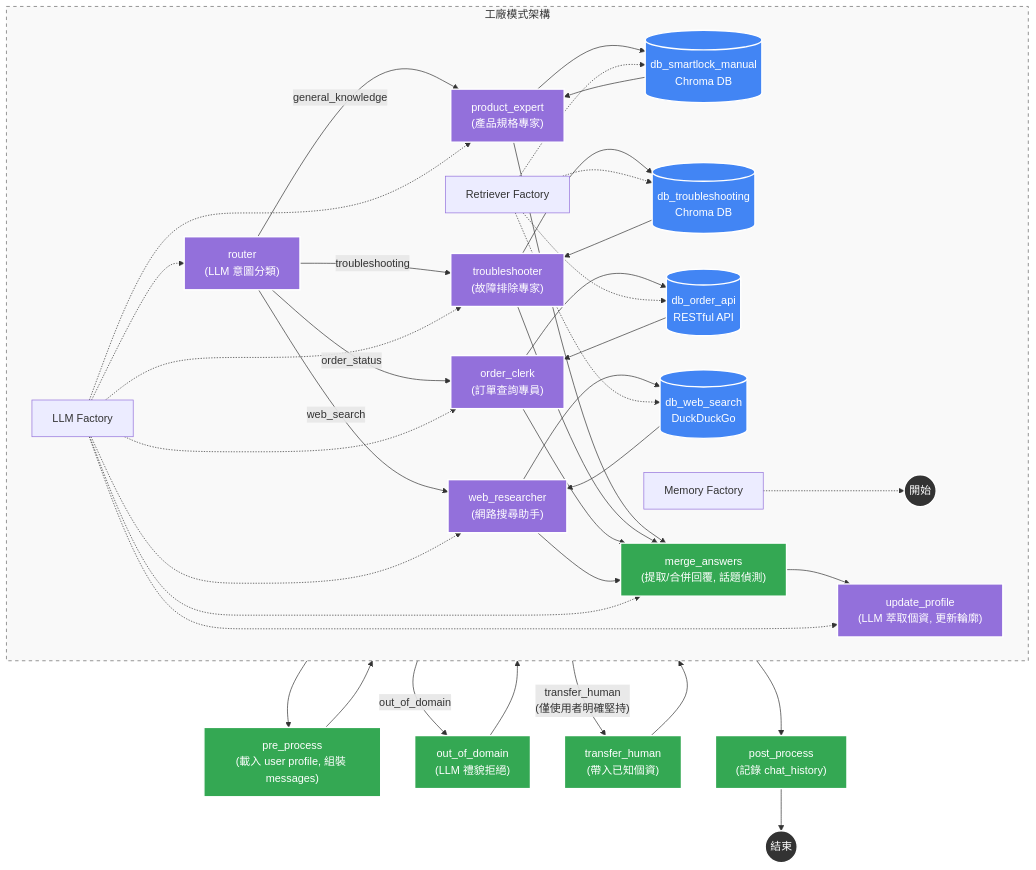
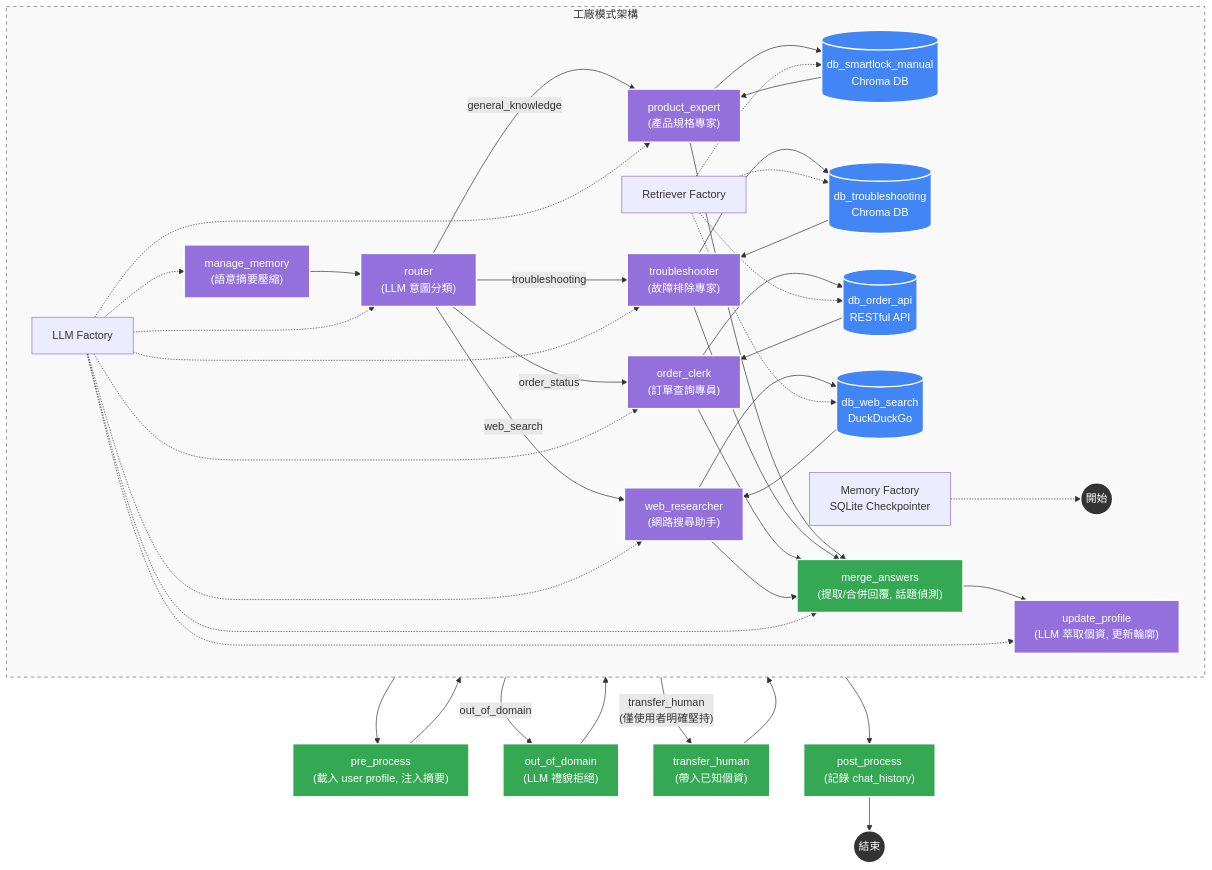
Before and after one commit to Imding1211/lock_AI_Agent: the first of 4 diagrams in docs/系統架構與流程圖.md, drawn with Mermaid. The commit also changed other lines of this file and 19 other files, not shown here.

First line of the commit message:
feat: 語意記憶壓縮 + SQLite 持久化 + Send() 狀態清洗 + 架構圖/文件全面更新

````diff
--- a/docs/系統架構與流程圖.md
+++ b/docs/系統架構與流程圖.md
@@ -3,55 +3,56 @@
 ```mermaid
 graph TD
     %% 節點樣式定義
     classDef startEnd fill:#333,stroke:#fff,stroke-width:2px,color:#fff;
     classDef llmNode fill:#9370DB,stroke:#fff,stroke-width:2px,color:#fff;
     classDef decision fill:#ff9900,stroke:#333,stroke-width:2px;
     classDef dbNode fill:#4285f4,stroke:#fff,stroke-width:2px,color:#fff;
     classDef actionNode fill:#34a853,stroke:#fff,stroke-width:2px,color:#fff;
     classDef note fill:#f9f9f9,stroke:#666,stroke-dasharray: 5 5;
 
     %% 核心流程
-    START((開始)):::startEnd --> pre_process["pre_process<br/>(載入 user profile, 組裝 messages)"]:::actionNode
-    pre_process --> router["router<br/>(LLM 意圖分類)"]:::llmNode
+    START((開始)):::startEnd --> pre_process["pre_process<br/>(載入 user profile, 注入摘要)"]:::actionNode
+    pre_process --> manage_memory["manage_memory<br/>(語意摘要壓縮)"]:::llmNode
+    manage_memory --> router["router<br/>(LLM 意圖分類)"]:::llmNode
 
     %% 意圖分流（Send() fan-out，多意圖可平行派發）
     router -- "general_knowledge" --> PE["product_expert<br/>(產品規格專家)"]:::llmNode
     router -- "troubleshooting" --> TS["troubleshooter<br/>(故障排除專家)"]:::llmNode
     router -- "order_status" --> OC["order_clerk<br/>(訂單查詢專員)"]:::llmNode
     router -- "web_search" --> WR["web_researcher<br/>(網路搜尋助手)"]:::llmNode
     router -- "out_of_domain" --> OOD["out_of_domain<br/>(LLM 禮貌拒絕)"]:::actionNode
     router -- "transfer_human<br/>(僅使用者明確堅持)" --> HUMAN["transfer_human<br/>(帶入已知個資)"]:::actionNode
 
     %% Agent 子圖（agent_llm ↔ tool_node 迴圈）
     PE --> PE_TOOL[("db_smartlock_manual<br/>Chroma DB")]:::dbNode
     TS --> TS_TOOL[("db_troubleshooting<br/>Chroma DB")]:::dbNode
     OC --> OC_TOOL[("db_order_api<br/>RESTful API")]:::dbNode
     WR --> WR_TOOL[("db_web_search<br/>DuckDuckGo")]:::dbNode
 
     PE_TOOL --> PE
     TS_TOOL --> TS
     OC_TOOL --> OC
     WR_TOOL --> WR
 
     %% 匯流
     PE --> merge_answers["merge_answers<br/>(提取/合併回覆, 話題偵測)"]:::actionNode
     TS --> merge_answers
     OC --> merge_answers
     WR --> merge_answers
     OOD --> merge_answers
     HUMAN --> merge_answers
 
     merge_answers --> update_profile["update_profile<br/>(LLM 萃取個資, 更新輪廓)"]:::llmNode
     update_profile --> post_process["post_process<br/>(記錄 chat_history)"]:::actionNode
     post_process --> END((結束)):::startEnd
 
     %% 底層支援
     subgraph Support_Layer [工廠模式架構]
         direction LR
-        f1[LLM Factory] -.-> router & PE & TS & OC & WR & merge_answers & update_profile
-        f2[Memory Factory] -.-> START
+        f1[LLM Factory] -.-> manage_memory & router & PE & TS & OC & WR & merge_answers & update_profile
+        f2[Memory Factory<br/>SQLite Checkpointer] -.-> START
         f3[Retriever Factory] -.-> PE_TOOL & TS_TOOL & OC_TOOL & WR_TOOL
     end
     class Support_Layer note
 
 ```
````
